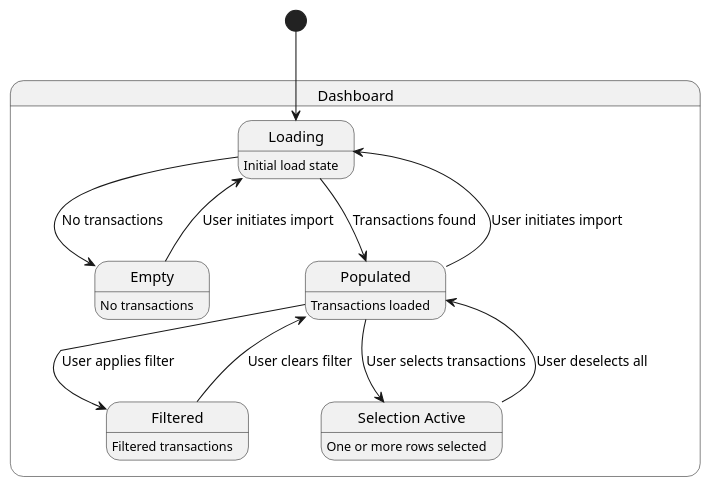
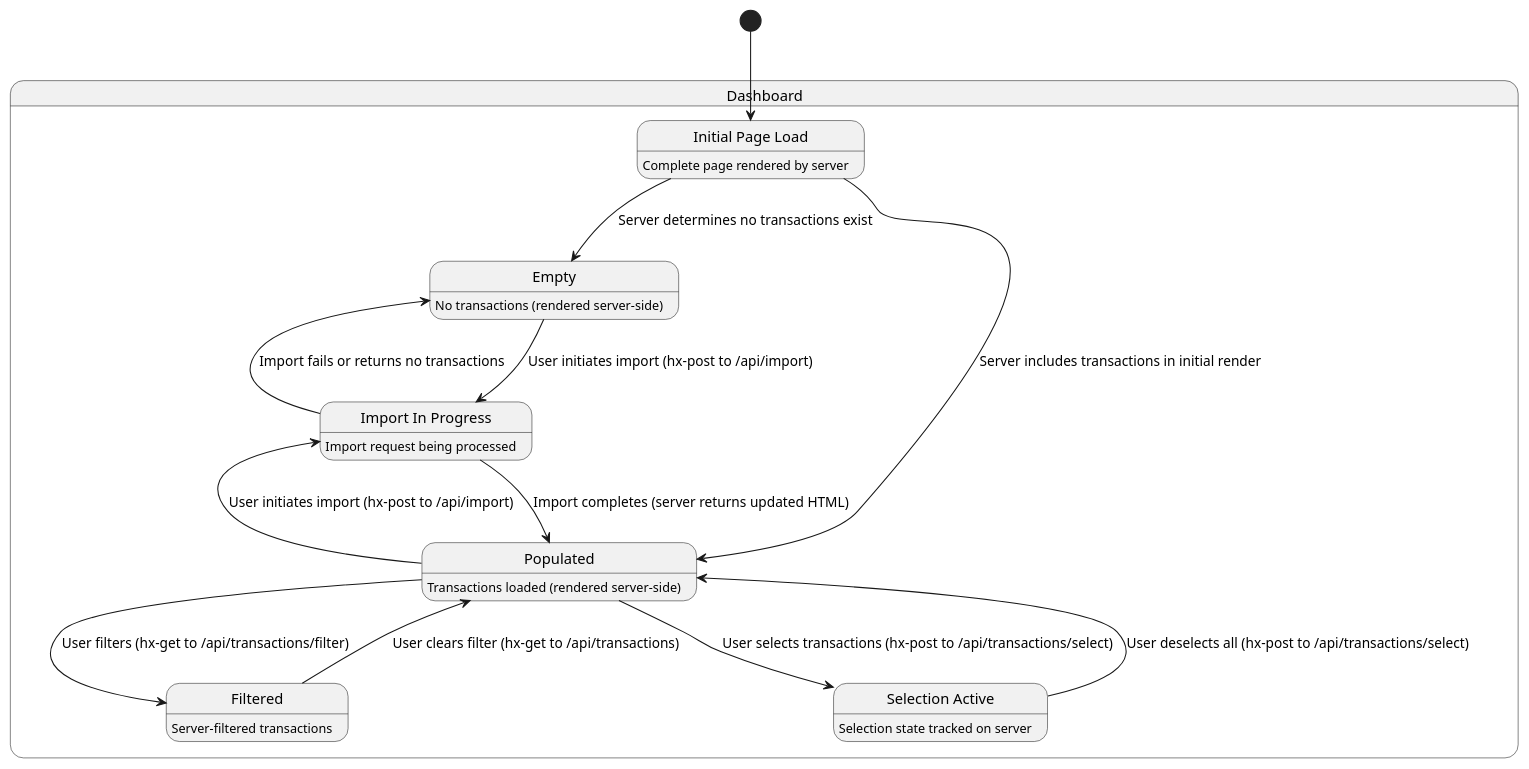
The first of 8 diagrams in works/iterative/incubator/budget/presentation/design/UIStateDiagrams.md (iterative-works/incubator), drawn with PlantUML before and after one commit. The commit also changed other lines of this file, not shown here.

First line of the commit message:
Update Dashboard and Import Dialog state diagrams for server-rendered architecture

````diff
--- a/works/iterative/incubator/budget/presentation/design/UIStateDiagrams.md
+++ b/works/iterative/incubator/budget/presentation/design/UIStateDiagrams.md
@@ -18,23 +20,26 @@
 ```plantuml
 @startuml
 
 state "Dashboard" as dashboard {
-  state "Loading" as loading : Initial load state
-  state "Empty" as empty : No transactions
-  state "Populated" as populated : Transactions loaded
-  state "Filtered" as filtered : Filtered transactions
-  state "Selection Active" as selection : One or more rows selected
+  state "Initial Page Load" as initial : Complete page rendered by server
+  state "Empty" as empty : No transactions (rendered server-side)
+  state "Populated" as populated : Transactions loaded (rendered server-side)
+  state "Filtered" as filtered : Server-filtered transactions
+  state "Selection Active" as selection : Selection state tracked on server
+  state "Import In Progress" as importing : Import request being processed
 }
 
-[*] --> loading
-loading --> empty : No transactions
-loading --> populated : Transactions found
-populated --> filtered : User applies filter
-filtered --> populated : User clears filter
-populated --> selection : User selects transactions
-selection --> populated : User deselects all
-empty --> loading : User initiates import
-populated --> loading : User initiates import
+[*] --> initial
+initial --> empty : Server determines no transactions exist
+initial --> populated : Server includes transactions in initial render
+populated --> filtered : User filters (hx-get to /api/transactions/filter)
+filtered --> populated : User clears filter (hx-get to /api/transactions)
+populated --> selection : User selects transactions (hx-post to /api/transactions/select)
+selection --> populated : User deselects all (hx-post to /api/transactions/select)
+empty --> importing : User initiates import (hx-post to /api/import)
+populated --> importing : User initiates import (hx-post to /api/import)
+importing --> populated : Import completes (server returns updated HTML)
+importing --> empty : Import fails or returns no transactions
 
 @enduml
 ```
````
